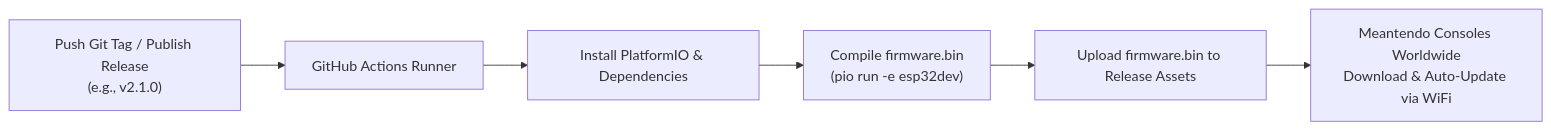
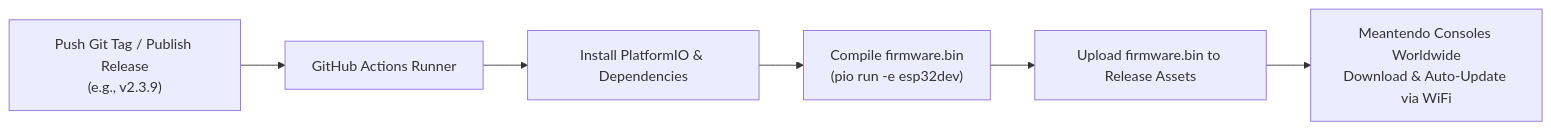
The diagram in docs/OTA_UPDATE_GUIDE.md (Debyte404/Meantendo), drawn with Mermaid before and after one commit. The commit also changed other lines of this file and 7 other files, not shown here.

Commit message:
docs: integrate calibrated SVG flowchart and refresh stale documentation across repo

````diff
--- a/docs/OTA_UPDATE_GUIDE.md
+++ b/docs/OTA_UPDATE_GUIDE.md
@@ -107,8 +107,8 @@
 ```mermaid
 flowchart LR
-    A["Push Git Tag / Publish Release<br/>(e.g., v2.1.0)"] --> B["GitHub Actions Runner"]
+    A["Push Git Tag / Publish Release<br/>(e.g., v2.3.9)"] --> B["GitHub Actions Runner"]
     B --> C["Install PlatformIO & Dependencies"]
     C --> D["Compile firmware.bin<br/>(pio run -e esp32dev)"]
     D --> E["Upload firmware.bin to Release Assets"]
     E --> F["Meantendo Consoles Worldwide<br/>Download & Auto-Update via WiFi"]
 ```
````
